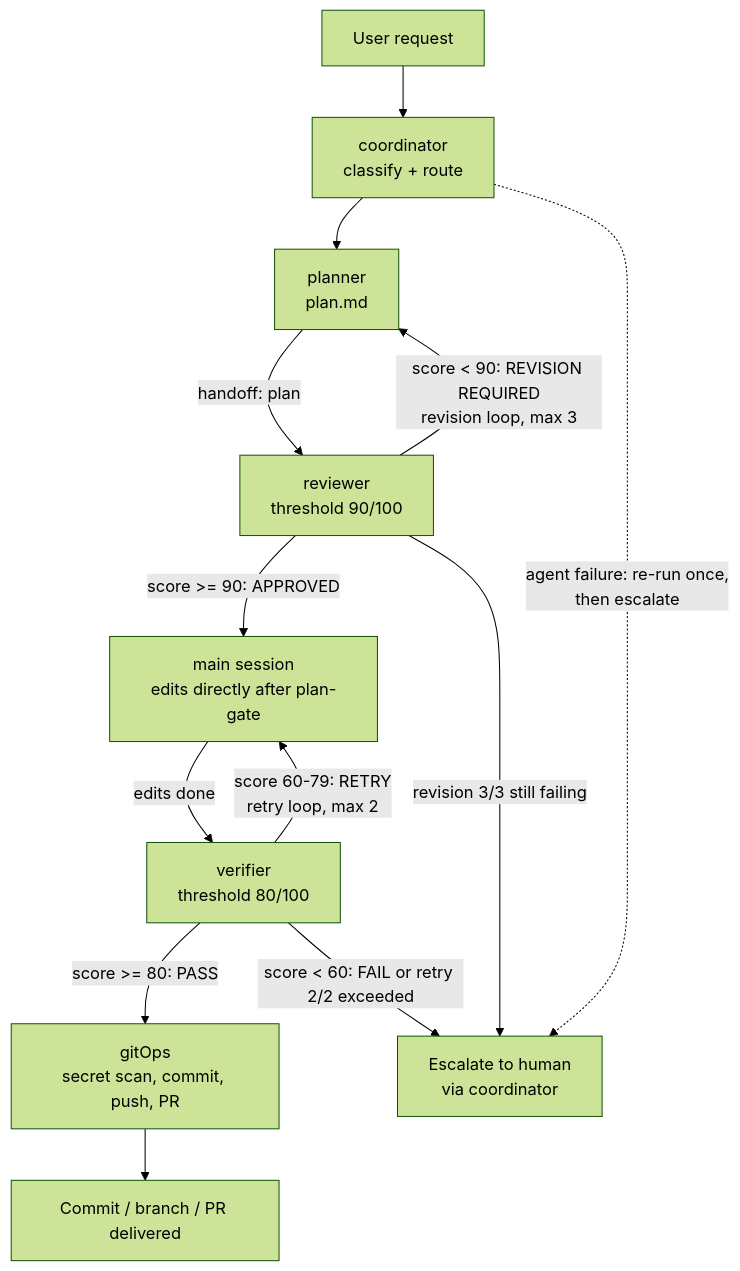
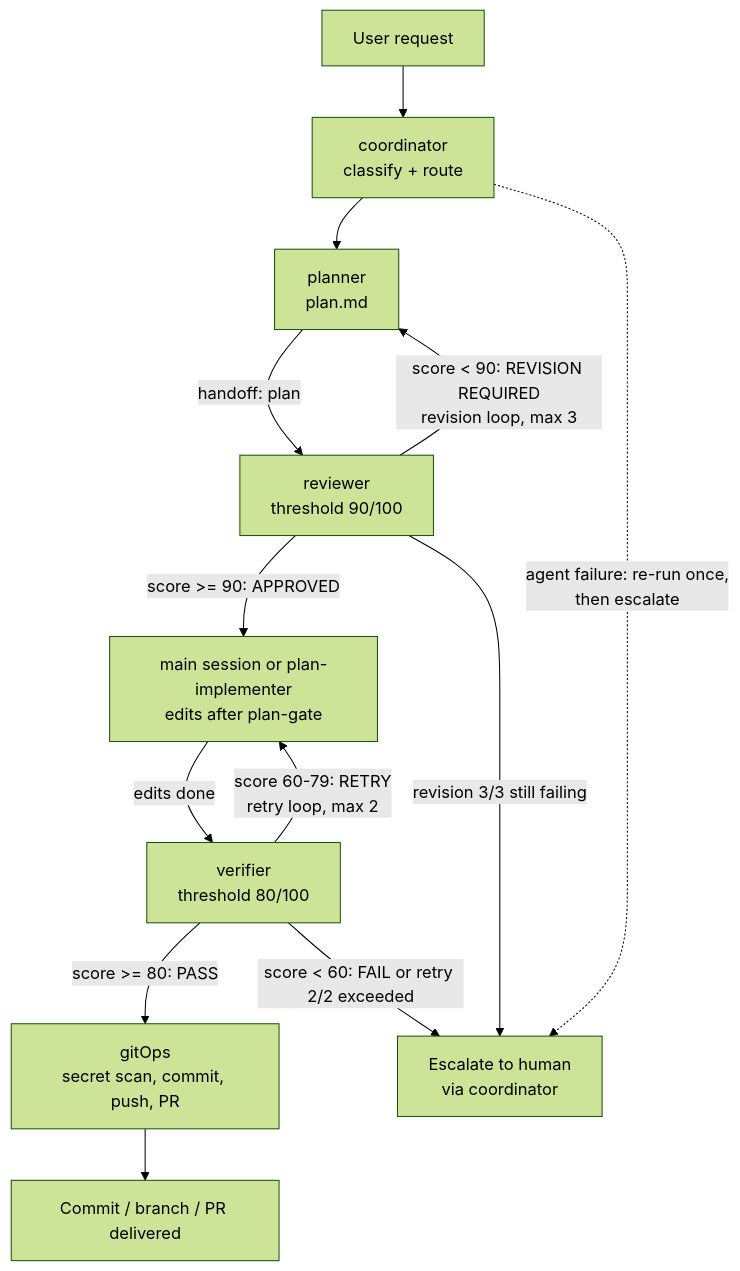
The second of 2 diagrams in .ai/AGENTS.md (OmarMokhtar-Saad/claudekit), drawn with Mermaid (forest theme) before and after one commit. The commit also changed 44 other files, not shown here.

First line of the commit message:
feat(implement): hand approved-plan edits to a scoped plan-implementer agent (#78)

````diff
--- a/.ai/AGENTS.md
+++ b/.ai/AGENTS.md
@@ -75,15 +75,15 @@
 ```mermaid
 flowchart TD
     U[User request] --> C[coordinator<br/>classify + route]
     C --> P[planner<br/>plan.md]
     P -->|handoff: plan| R[reviewer<br/>threshold 90/100]
-    R -->|score >= 90: APPROVED| I[main session<br/>edits directly after plan-gate]
+    R -->|score >= 90: APPROVED| I[main session or plan-implementer<br/>edits after plan-gate]
     R -->|score < 90: REVISION REQUIRED<br/>revision loop, max 3| P
     R -->|revision 3/3 still failing| ESC[Escalate to human<br/>via coordinator]
     I -->|edits done| V[verifier<br/>threshold 80/100]
     V -->|score >= 80: PASS| G[gitOps<br/>secret scan, commit, push, PR]
     V -->|score 60-79: RETRY<br/>retry loop, max 2| I
     V -->|score < 60: FAIL or retry 2/2 exceeded| ESC
     G --> DONE[Commit / branch / PR delivered]
     C -.->|agent failure: re-run once,<br/>then escalate| ESC
 ```
````
